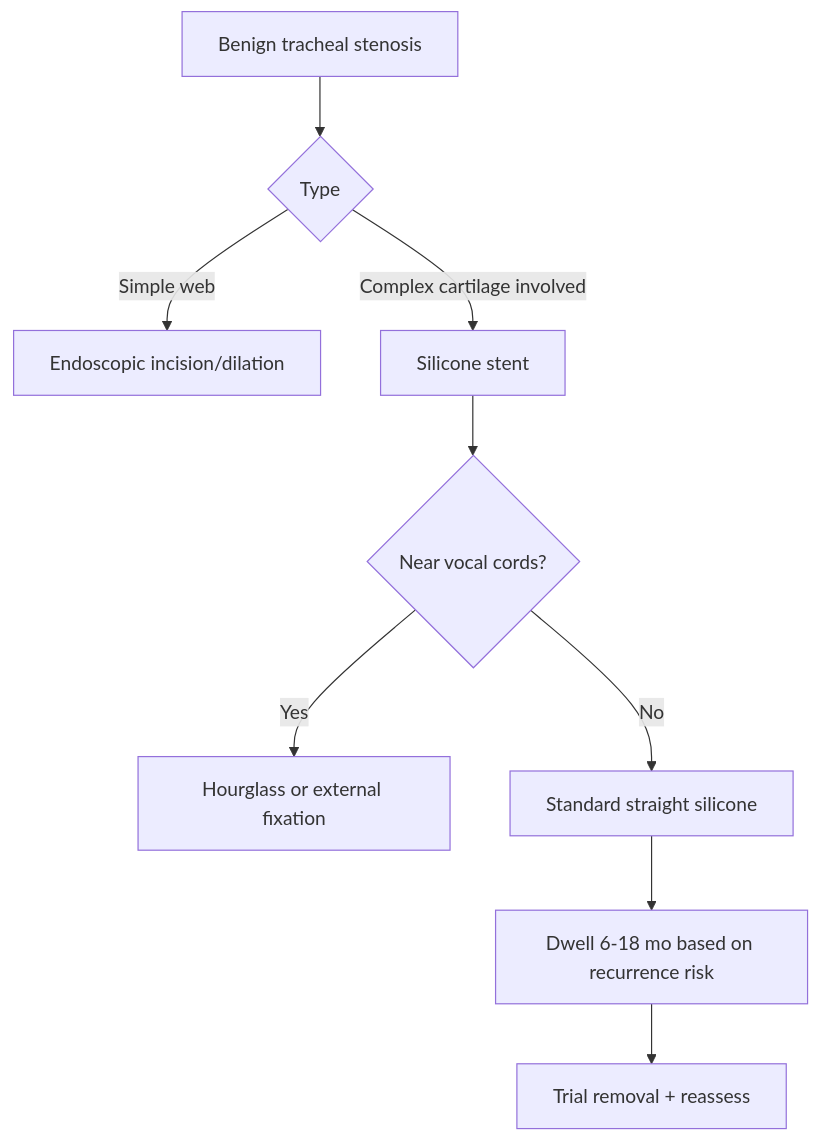
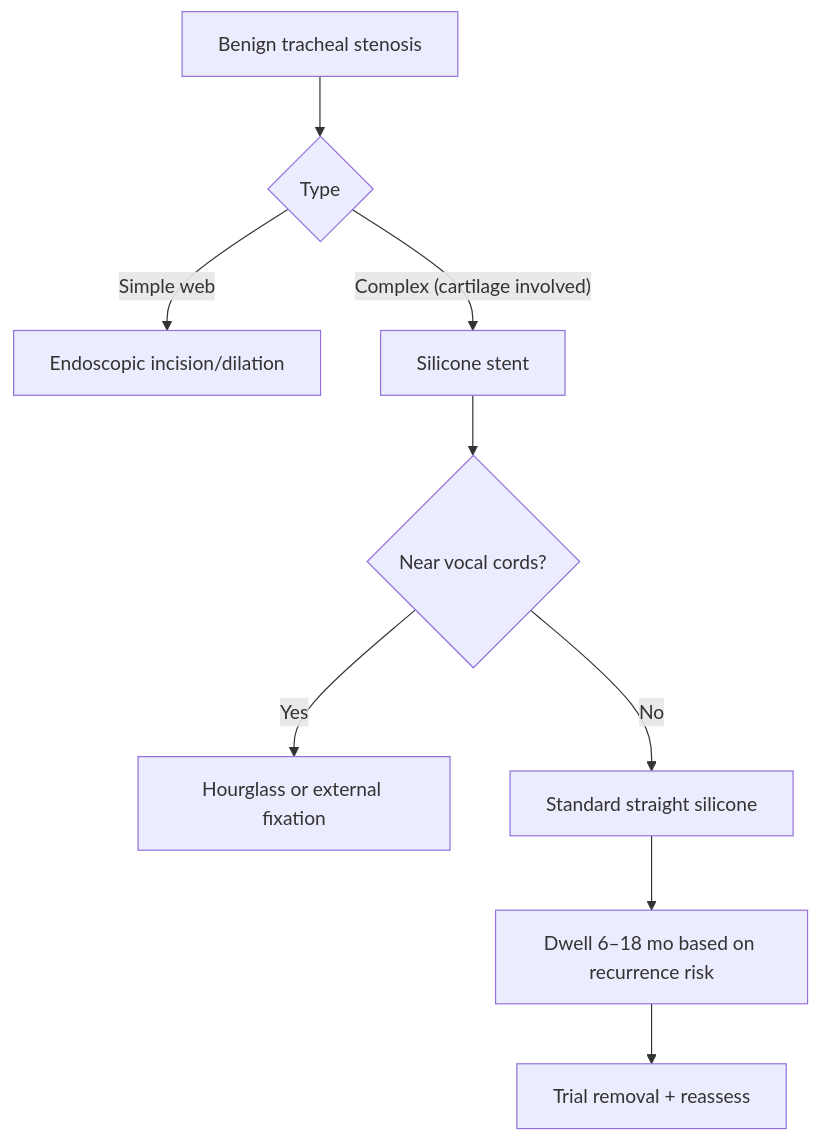
One commit to russellmiller49/Interventional-Pulm-Education-Project changed the second of 3 diagrams in content/modules/board/airway-stents.mdx. Above: the diagram before and after it, drawn with Mermaid. The commit also changed other lines of this file and 45 other files, not shown here.

````diff
--- a/content/modules/board/airway-stents.mdx
+++ b/content/modules/board/airway-stents.mdx
@@ -233,11 +171,11 @@
 ```mermaid
 flowchart TD
-A[Benign tracheal stenosis] --> B{Type}
-B -->|Simple web| C[Endoscopic incision/dilation]
-B -->|Complex cartilage involved| D[Silicone stent]
-D --> E{Near vocal cords?}
-E -->|Yes| F[Hourglass or external fixation]
-E -->|No| G[Standard straight silicone]
-G --> H[Dwell 6-18 mo based on recurrence risk]
-H --> I[Trial removal + reassess]
+        A["Benign tracheal stenosis"] --> B{"Type"}
+        B -->|"Simple web"| C["Endoscopic incision/dilation"]
+        B -->|"Complex (cartilage involved)"| D["Silicone stent"]
+        D --> E{"Near vocal cords?"}
+        E -->|"Yes"| F["Hourglass or external fixation"]
+        E -->|"No"| G["Standard straight silicone"]
+        G --> H["Dwell 6–18 mo based on recurrence risk"]
+        H --> I["Trial removal + reassess"]
 ```
````
